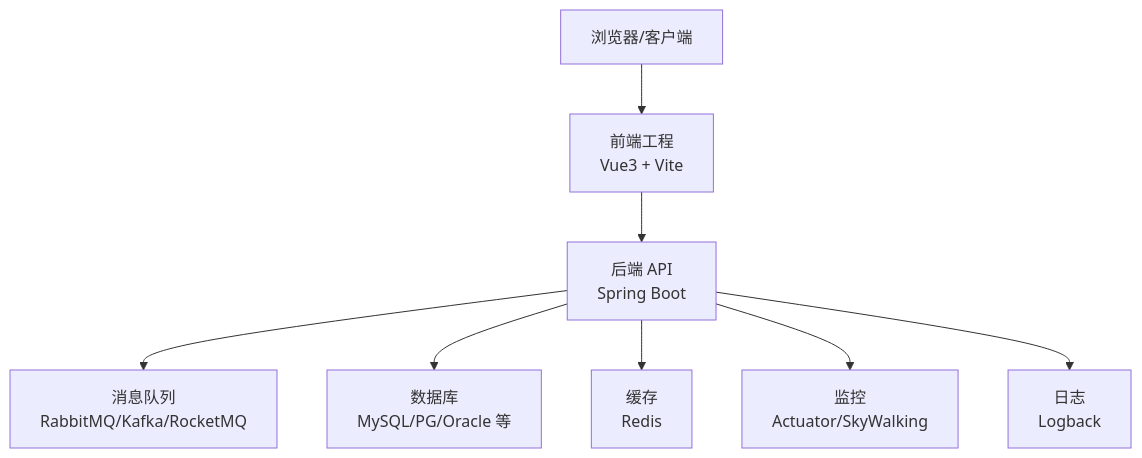
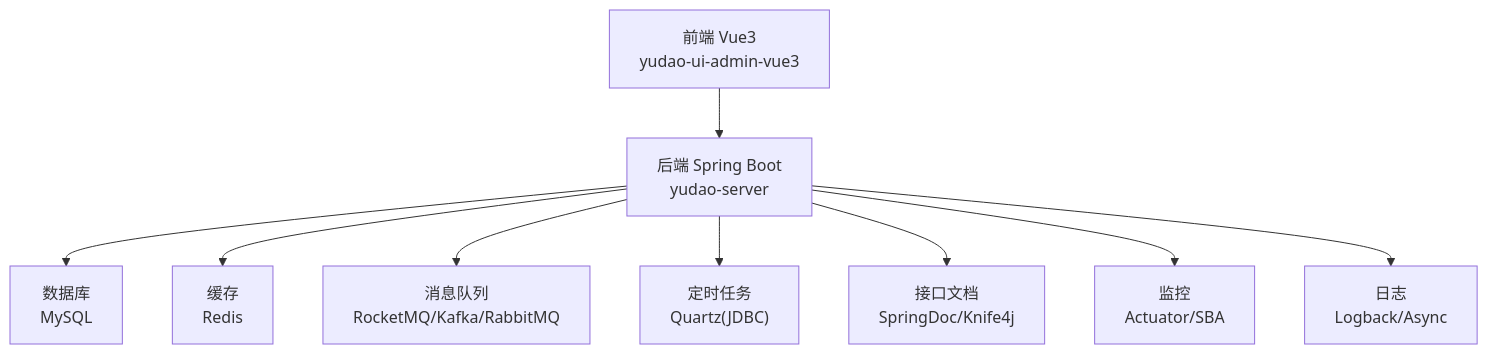
One commit to xiaoche80s-tech/rouyi-vue-pro changed the second of 3 diagrams in .qoder/repowiki/zh/content/故障排查/故障排查.md. Above: the diagram before and after it, drawn with Mermaid. The commit also changed other lines of this file and 840 other files, not shown here.

````diff
--- a/.qoder/repowiki/zh/content/故障排查/故障排查.md
+++ b/.qoder/repowiki/zh/content/故障排查/故障排查.md
@@ -124,10 +109,11 @@
 ```mermaid
 graph TB
-Client["浏览器/客户端"] --> FE["前端工程<br/>Vue3 + Vite"]
-FE --> API["后端 API<br/>Spring Boot"]
-API --> MQ["消息队列<br/>RabbitMQ/Kafka/RocketMQ"]
-API --> DB["数据库<br/>MySQL/PG/Oracle 等"]
-API --> Cache["缓存<br/>Redis"]
-API --> Monitor["监控<br/>Actuator/SkyWalking"]
-API --> Log["日志<br/>Logback"]
+FE["前端 Vue3<br/>yudao-ui-admin-vue3"] --> BE["后端 Spring Boot<br/>yudao-server"]
+BE --> DB["数据库<br/>MySQL"]
+BE --> RD["缓存<br/>Redis"]
+BE --> MQ["消息队列<br/>RocketMQ/Kafka/RabbitMQ"]
+BE --> QTZ["定时任务<br/>Quartz(JDBC)"]
+BE --> DOC["接口文档<br/>SpringDoc/Knife4j"]
+BE --> MON["监控<br/>Actuator/SBA"]
+BE --> LOG["日志<br/>Logback/Async"]
 ```
````
